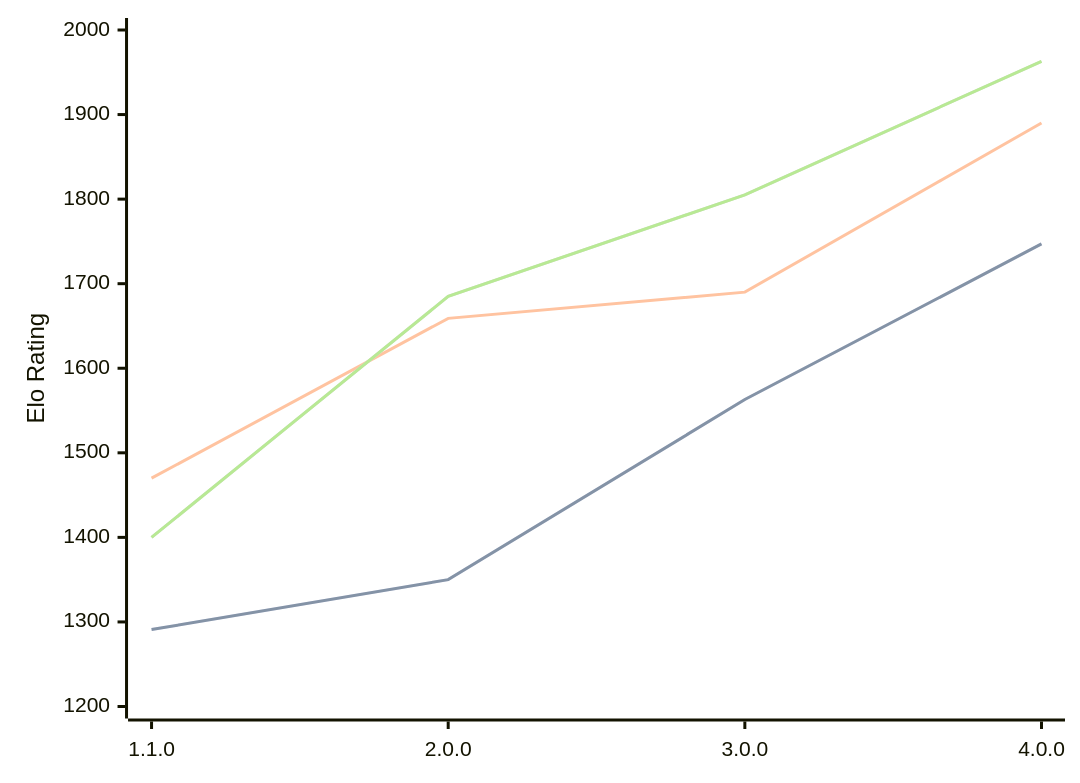
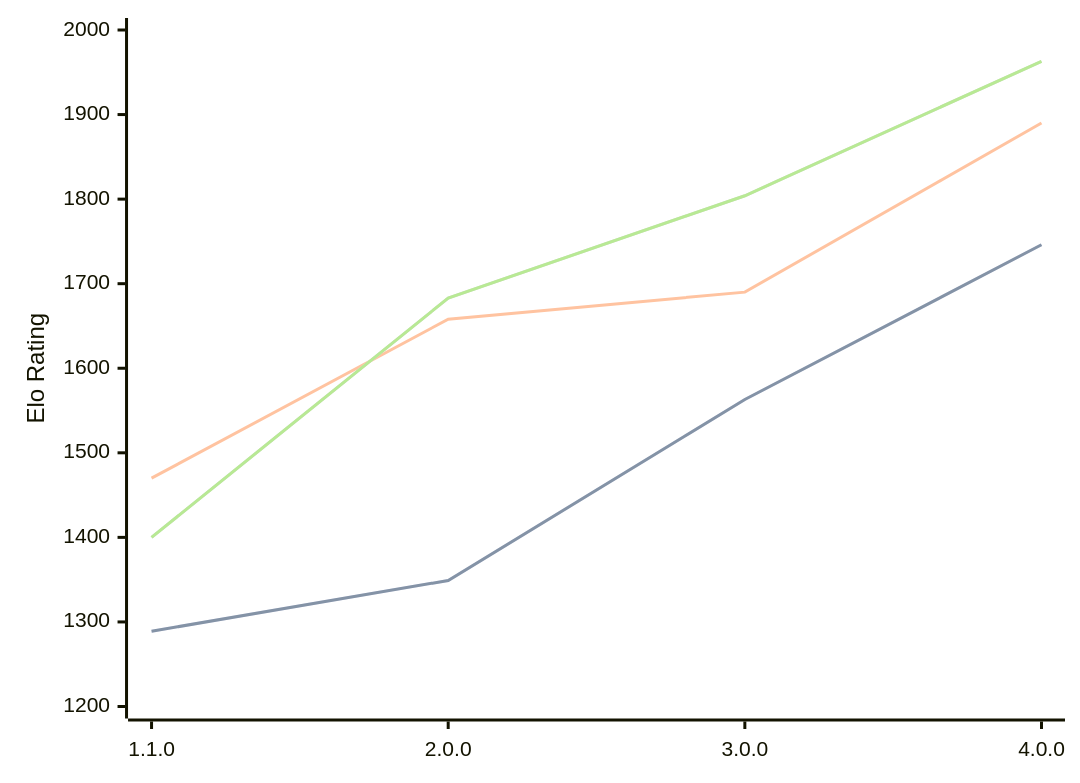
Before and after one commit to computer-chess-index/cci: the third of 3 diagrams in engines/Laura.md, drawn with Mermaid. The commit also changed other lines of this file, not shown here.

Commit message:
Update CCI Ratings (ELO VLTC) - 2026-06-26

````diff
--- a/engines/Laura.md
+++ b/engines/Laura.md
@@ -68,11 +68,11 @@
 ```mermaid
 %%{init: {"theme":"base","themeVariables":{"seriesColors:['#a3a3a3','#222221','#faa371']}}}%%
 xychart-beta
   x-axis ["1.1.0", "2.0.0", "3.0.0", "4.0.0"]
   y-axis "Elo Rating" 1200 --> 2000
-  line "STC (8.0+0.08s)" [1291, 1350, 1563, 1747]
-  line "STC (8.0+0.08s)" [1291, 1350, 1563, 1747]
-  line "LTC (60.0+0.60s)" [1470, 1659, 1690, 1890]
-  line "VLTC (2m24s+1.12s)" [1400, 1685, 1805, 1963]
-  line "VLTC (2m24s+1.12s)" [1400, 1685, 1805, 1963]
+  line "STC (8.0+0.08s)" [1289, 1349, 1563, 1746]
+  line "STC (8.0+0.08s)" [1289, 1349, 1563, 1746]
+  line "LTC (60.0+0.60s)" [1470, 1658, 1690, 1890]
+  line "VLTC (2m24s+1.12s)" [1400, 1683, 1804, 1963]
+  line "VLTC (2m24s+1.12s)" [1400, 1683, 1804, 1963]
 ```
````
